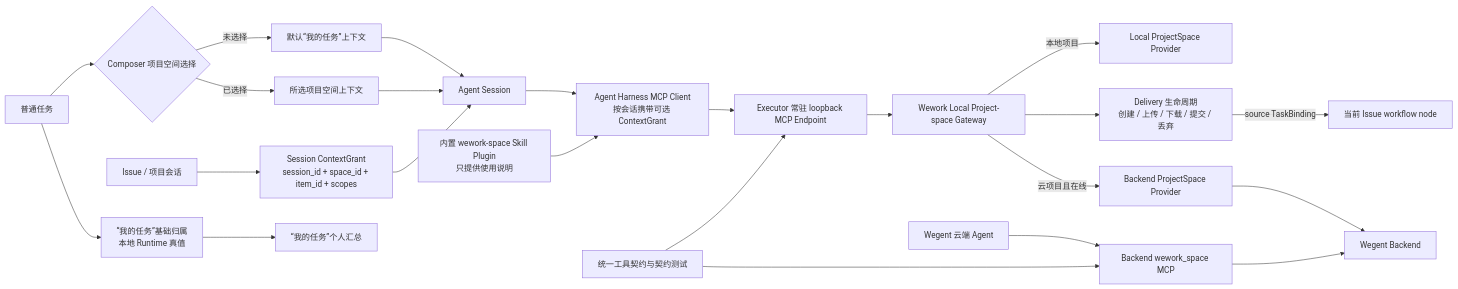
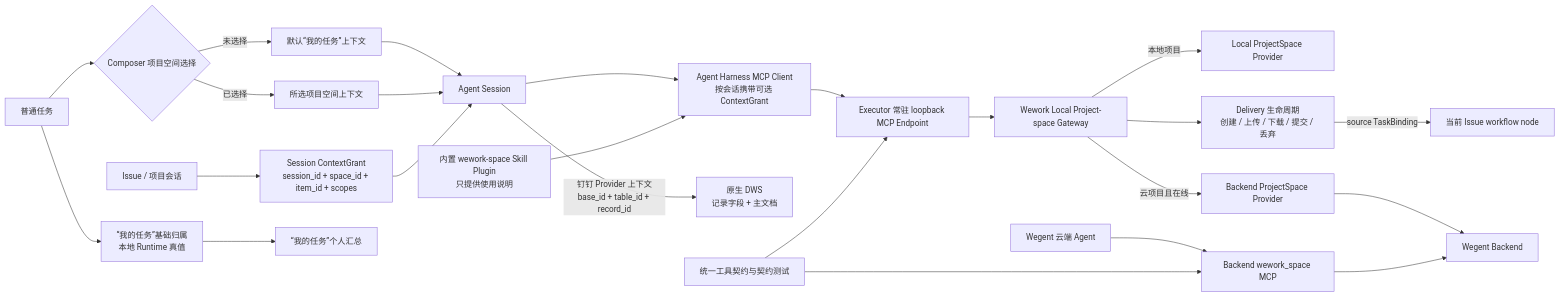
Before and after one commit to wecode-ai/Wegent: the first of 2 diagrams in docs/zh/architecture/project-space-agent-capability.md, drawn with Mermaid. The commit also changed other lines of this file and 57 other files, not shown here.

````diff
--- a/docs/zh/architecture/project-space-agent-capability.md
+++ b/docs/zh/architecture/project-space-agent-capability.md
@@ -9,25 +9,26 @@
 ```mermaid
 flowchart LR
     ISSUE[Issue / 项目会话] --> GRANT[Session ContextGrant<br/>session_id + space_id + item_id + scopes]
     GENERIC[普通任务] --> MY_TASKS[“我的任务”基础归属<br/>本地 Runtime 真值]
     GENERIC --> ROUTE{Composer 项目空间选择}
     ROUTE -->|未选择| DEFAULT_CONTEXT[默认“我的任务”上下文]
     ROUTE -->|已选择| SELECTED[所选项目空间上下文]
     DEFAULT_CONTEXT --> SESSION[Agent Session]
     SELECTED --> SESSION
     MY_TASKS --> MY_WORK[“我的任务”个人汇总]
     GRANT --> SESSION
     SESSION --> CLIENT[Agent Harness MCP Client<br/>按会话携带可选 ContextGrant]
     CLIENT --> ENDPOINT[Executor 常驻 loopback MCP Endpoint]
     PLUGIN[内置 wework-space Skill Plugin<br/>只提供使用说明] --> CLIENT
     ENDPOINT --> GATEWAY[Wework Local Project-space Gateway]
     GATEWAY -->|本地项目| LOCAL[Local ProjectSpace Provider]
     GATEWAY -->|云项目且在线| REMOTE[Backend ProjectSpace Provider]
+    SESSION -->|钉钉 Provider 上下文<br/>base_id + table_id + record_id| DWS[原生 DWS<br/>记录字段 + 主文档]
     REMOTE --> BACKEND[Wegent Backend]
     GATEWAY --> DELIVERY[Delivery 生命周期<br/>创建 / 上传 / 下载 / 提交 / 丢弃]
     DELIVERY -->|source TaskBinding| ISSUE_STAGE[当前 Issue workflow node]
     CLOUD[Wegent 云端 Agent] --> BACKEND_MCP[Backend wework_space MCP]
     BACKEND_MCP --> BACKEND
     CONTRACT[统一工具契约与契约测试] --> ENDPOINT
     CONTRACT --> BACKEND_MCP
 ```
````
